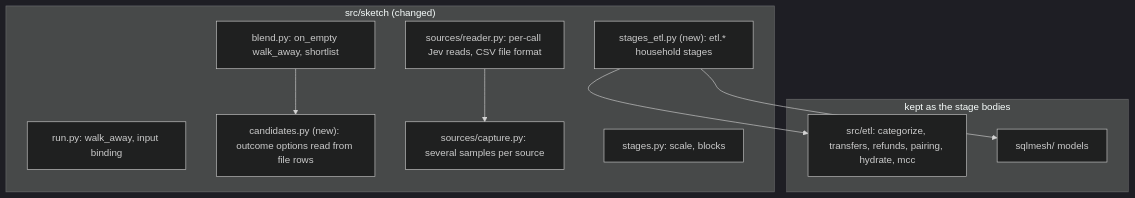
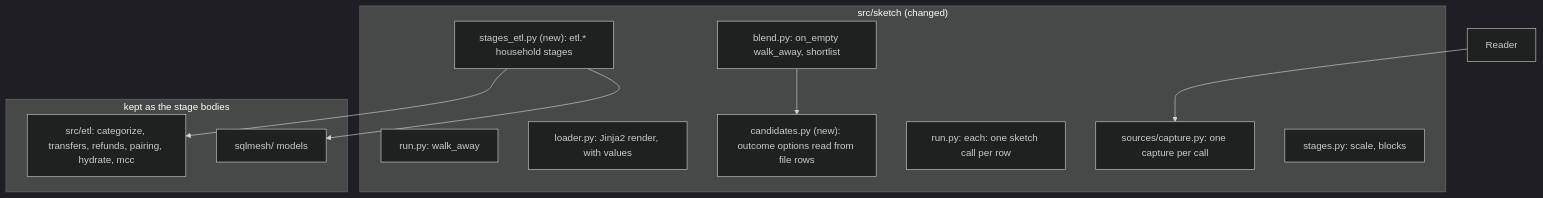
Before and after one commit to drusifer/understudy: the second of 2 diagrams in docs/sprints/ARCH_SPRINT20.md, drawn with Mermaid (dark theme). The commit also changed other lines of this file and 25 other files, not shown here.

First line of the commit message:
Sprint 20 phase 1: Jinja2 sketches with --with and with, each, outcome on final states, outputs replace returns

````diff
--- a/docs/sprints/ARCH_SPRINT20.md
+++ b/docs/sprints/ARCH_SPRINT20.md
@@ -35,20 +35,21 @@
 ```mermaid
 graph TB
     subgraph "src/sketch (changed)"
-        Run["run.py: walk_away, input binding"]
+        Run["run.py: walk_away"]
+        Load["loader.py: Jinja2 render, with values"]
         Blend["blend.py: on_empty walk_away, shortlist"]
         Cand["candidates.py (new): outcome options read from file rows"]
-        Reader["sources/reader.py: per-call Jev reads, CSV file format"]
-        Cap["sources/capture.py: several samples per source"]
+        Each["run.py: each: one sketch call per row"]
+        Cap["sources/capture.py: one capture per call"]
         Stages["stages.py: scale, blocks"]
         Etl["stages_etl.py (new): etl.* household stages"]
     end
     subgraph "kept as the stage bodies"
         Cat["src/etl: categorize, transfers, refunds, pairing, hydrate, mcc"]
         Mesh["sqlmesh/ models"]
     end
     Etl --> Cat
     Etl --> Mesh
     Reader --> Cap
     Blend --> Cand
 ```
````
